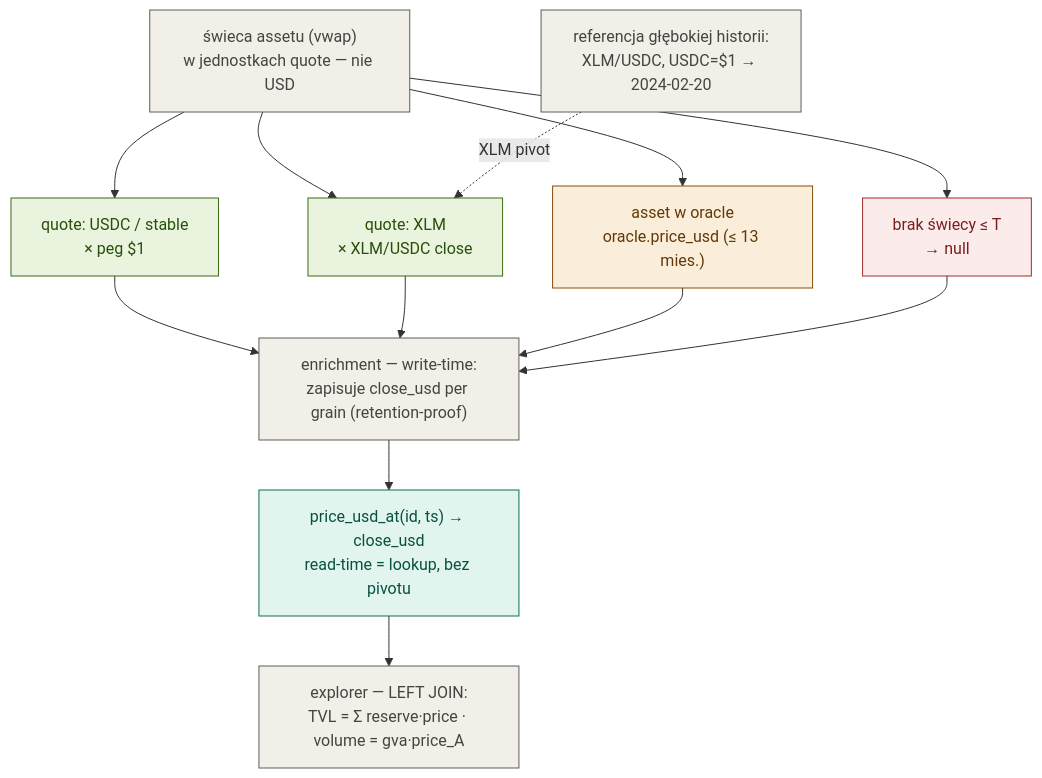
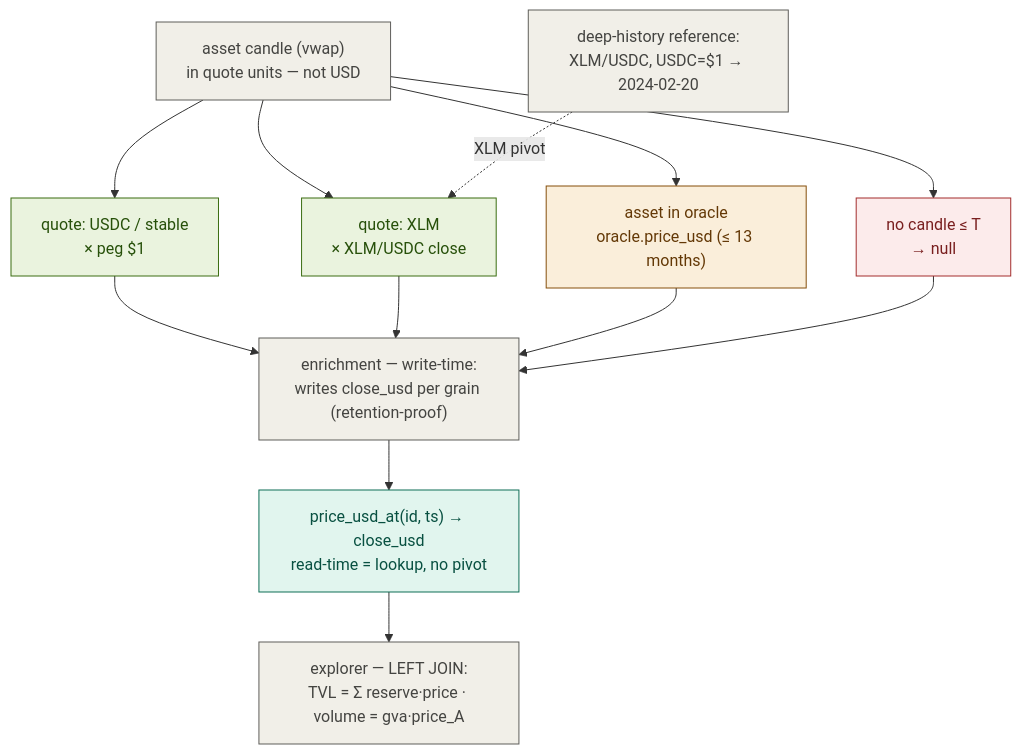
The diagram in lore/1-tasks/blocked/0199_FEATURE_lp-analytics/notes/G-price-usd-pivot.mmd (rumblefishdev/soroban-block-explorer), drawn with Mermaid before and after one commit. The commit also changed 5 other files, not shown here.

First line of the commit message:
docs: translate diagram labels to English (0199 + 0281)

```diff
--- a/lore/1-tasks/blocked/0199_FEATURE_lp-analytics/notes/G-price-usd-pivot.mmd
+++ b/lore/1-tasks/blocked/0199_FEATURE_lp-analytics/notes/G-price-usd-pivot.mmd
@@ -1,33 +1,33 @@
 %% asset -> usd routing; pivot is write-time (close_usd materialized per grain)
 %% Source for G-price-usd-pivot.svg. Edit + re-render via /mermaid-diagrams.
 graph TB
-  IN["świeca assetu (vwap)<br/>w jednostkach quote — nie USD"]
+  IN["asset candle (vwap)<br/>in quote units — not USD"]
   Q1["quote: USDC / stable<br/>× peg $1"]
   Q2["quote: XLM<br/>× XLM/USDC close"]
-  Q3["asset w oracle<br/>oracle.price_usd (≤ 13 mies.)"]
-  Q4["brak świecy ≤ T<br/>→ null"]
-  REF["referencja głębokiej historii:<br/>XLM/USDC, USDC=$1 → 2024-02-20"]
-  ENR["enrichment — write-time:<br/>zapisuje close_usd per grain (retention-proof)"]
-  VIEW["price_usd_at(id, ts) → close_usd<br/>read-time = lookup, bez pivotu"]
+  Q3["asset in oracle<br/>oracle.price_usd (≤ 13 months)"]
+  Q4["no candle ≤ T<br/>→ null"]
+  REF["deep-history reference:<br/>XLM/USDC, USDC=$1 → 2024-02-20"]
+  ENR["enrichment — write-time:<br/>writes close_usd per grain (retention-proof)"]
+  VIEW["price_usd_at(id, ts) → close_usd<br/>read-time = lookup, no pivot"]
   EXP["explorer — LEFT JOIN:<br/>TVL = Σ reserve·price · volume = gva·price_A"]
   IN --> Q1
   IN --> Q2
   IN --> Q3
   IN --> Q4
   REF -.->|XLM pivot| Q2
   Q1 --> ENR
   Q2 --> ENR
   Q3 --> ENR
   Q4 --> ENR
   ENR --> VIEW
   VIEW --> EXP
   classDef ok fill:#EAF3DE,stroke:#3B6D11,color:#27500A;
   classDef lim fill:#FAEEDA,stroke:#854F0B,color:#633806;
   classDef none fill:#FCEBEB,stroke:#A32D2D,color:#791F1F;
   classDef iface fill:#E1F5EE,stroke:#0F6E56,color:#085041;
   classDef neut fill:#F1EFE8,stroke:#5F5E5A,color:#444441;
   class Q1,Q2 ok;
   class Q3 lim;
   class Q4 none;
   class VIEW iface;
   class IN,REF,ENR,EXP neut;
```
